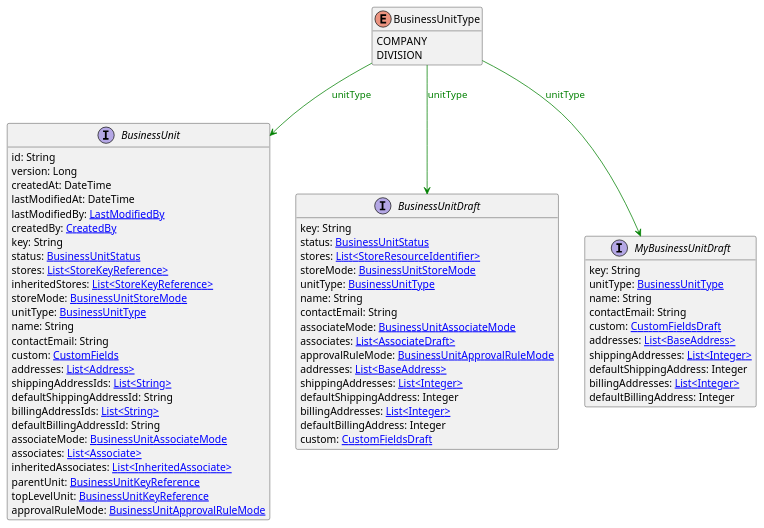
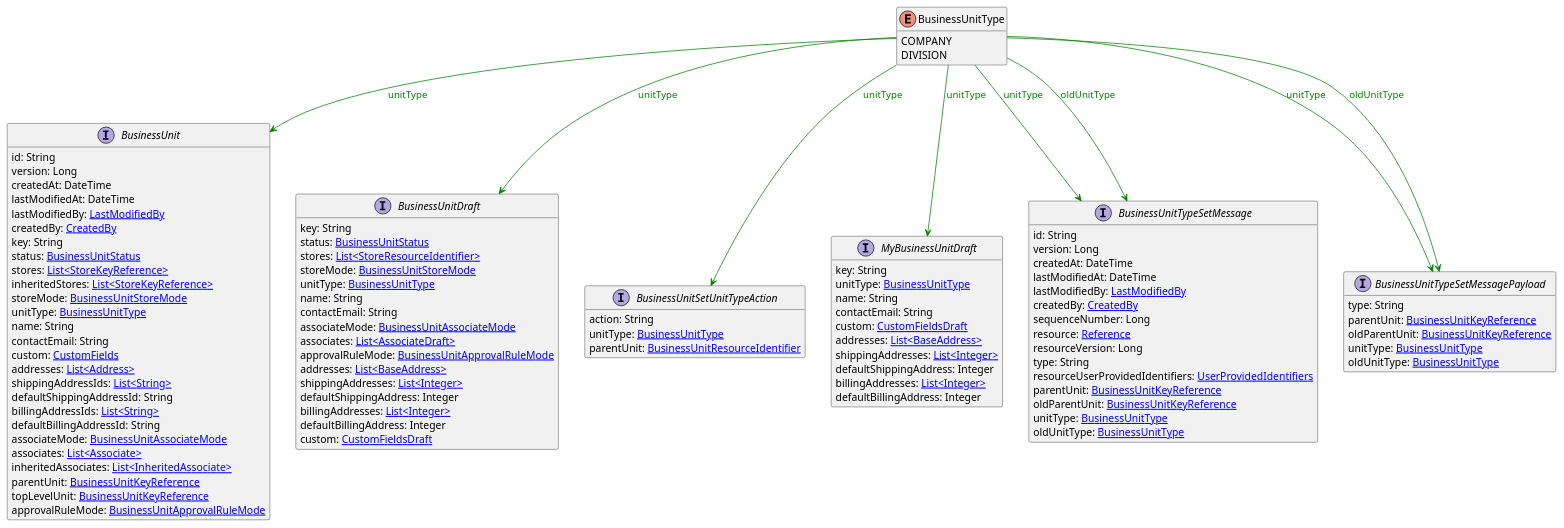
One commit to commercetools/commercetools-api-reference changed the diagram in uml/api/BusinessUnitType.puml. Above: the diagram before and after it, drawn with PlantUML. The commit also changed 28 other files, not shown here.

```diff
--- a/uml/api/BusinessUnitType.puml
+++ b/uml/api/BusinessUnitType.puml
@@ -1,69 +1,103 @@
 @startuml
 
 hide methods
 enum BusinessUnitType {
     COMPANY
     DIVISION
 }
 interface BusinessUnit [[BusinessUnit.svg]]  {
     id: String
     version: Long
     createdAt: DateTime
     lastModifiedAt: DateTime
     lastModifiedBy: [[LastModifiedBy.svg LastModifiedBy]]
     createdBy: [[CreatedBy.svg CreatedBy]]
     key: String
     status: [[BusinessUnitStatus.svg BusinessUnitStatus]]
     stores: [[StoreKeyReference.svg List<StoreKeyReference>]]
     inheritedStores: [[StoreKeyReference.svg List<StoreKeyReference>]]
     storeMode: [[BusinessUnitStoreMode.svg BusinessUnitStoreMode]]
     unitType: [[BusinessUnitType.svg BusinessUnitType]]
     name: String
     contactEmail: String
     custom: [[CustomFields.svg CustomFields]]
     addresses: [[Address.svg List<Address>]]
     shippingAddressIds: [[String.svg List<String>]]
     defaultShippingAddressId: String
     billingAddressIds: [[String.svg List<String>]]
     defaultBillingAddressId: String
     associateMode: [[BusinessUnitAssociateMode.svg BusinessUnitAssociateMode]]
     associates: [[Associate.svg List<Associate>]]
     inheritedAssociates: [[InheritedAssociate.svg List<InheritedAssociate>]]
     parentUnit: [[BusinessUnitKeyReference.svg BusinessUnitKeyReference]]
     topLevelUnit: [[BusinessUnitKeyReference.svg BusinessUnitKeyReference]]
     approvalRuleMode: [[BusinessUnitApprovalRuleMode.svg BusinessUnitApprovalRuleMode]]
 }
 interface BusinessUnitDraft [[BusinessUnitDraft.svg]]  {
     key: String
     status: [[BusinessUnitStatus.svg BusinessUnitStatus]]
     stores: [[StoreResourceIdentifier.svg List<StoreResourceIdentifier>]]
     storeMode: [[BusinessUnitStoreMode.svg BusinessUnitStoreMode]]
     unitType: [[BusinessUnitType.svg BusinessUnitType]]
     name: String
     contactEmail: String
     associateMode: [[BusinessUnitAssociateMode.svg BusinessUnitAssociateMode]]
     associates: [[AssociateDraft.svg List<AssociateDraft>]]
     approvalRuleMode: [[BusinessUnitApprovalRuleMode.svg BusinessUnitApprovalRuleMode]]
     addresses: [[BaseAddress.svg List<BaseAddress>]]
     shippingAddresses: [[Integer.svg List<Integer>]]
     defaultShippingAddress: Integer
     billingAddresses: [[Integer.svg List<Integer>]]
     defaultBillingAddress: Integer
     custom: [[CustomFieldsDraft.svg CustomFieldsDraft]]
 }
+interface BusinessUnitSetUnitTypeAction [[BusinessUnitSetUnitTypeAction.svg]]  {
+    action: String
+    unitType: [[BusinessUnitType.svg BusinessUnitType]]
+    parentUnit: [[BusinessUnitResourceIdentifier.svg BusinessUnitResourceIdentifier]]
+}
 interface MyBusinessUnitDraft [[MyBusinessUnitDraft.svg]]  {
     key: String
     unitType: [[BusinessUnitType.svg BusinessUnitType]]
     name: String
     contactEmail: String
     custom: [[CustomFieldsDraft.svg CustomFieldsDraft]]
     addresses: [[BaseAddress.svg List<BaseAddress>]]
     shippingAddresses: [[Integer.svg List<Integer>]]
     defaultShippingAddress: Integer
     billingAddresses: [[Integer.svg List<Integer>]]
     defaultBillingAddress: Integer
 }
+interface BusinessUnitTypeSetMessage [[BusinessUnitTypeSetMessage.svg]]  {
+    id: String
+    version: Long
+    createdAt: DateTime
+    lastModifiedAt: DateTime
+    lastModifiedBy: [[LastModifiedBy.svg LastModifiedBy]]
+    createdBy: [[CreatedBy.svg CreatedBy]]
+    sequenceNumber: Long
+    resource: [[Reference.svg Reference]]
+    resourceVersion: Long
+    type: String
+    resourceUserProvidedIdentifiers: [[UserProvidedIdentifiers.svg UserProvidedIdentifiers]]
+    parentUnit: [[BusinessUnitKeyReference.svg BusinessUnitKeyReference]]
+    oldParentUnit: [[BusinessUnitKeyReference.svg BusinessUnitKeyReference]]
+    unitType: [[BusinessUnitType.svg BusinessUnitType]]
+    oldUnitType: [[BusinessUnitType.svg BusinessUnitType]]
+}
+interface BusinessUnitTypeSetMessagePayload [[BusinessUnitTypeSetMessagePayload.svg]]  {
+    type: String
+    parentUnit: [[BusinessUnitKeyReference.svg BusinessUnitKeyReference]]
+    oldParentUnit: [[BusinessUnitKeyReference.svg BusinessUnitKeyReference]]
+    unitType: [[BusinessUnitType.svg BusinessUnitType]]
+    oldUnitType: [[BusinessUnitType.svg BusinessUnitType]]
+}
 BusinessUnitType --> BusinessUnit #green;text:green : "unitType"
 BusinessUnitType --> BusinessUnitDraft #green;text:green : "unitType"
+BusinessUnitType --> BusinessUnitSetUnitTypeAction #green;text:green : "unitType"
 BusinessUnitType --> MyBusinessUnitDraft #green;text:green : "unitType"
+BusinessUnitType --> BusinessUnitTypeSetMessage #green;text:green : "unitType"
+BusinessUnitType --> BusinessUnitTypeSetMessage #green;text:green : "oldUnitType"
+BusinessUnitType --> BusinessUnitTypeSetMessagePayload #green;text:green : "unitType"
+BusinessUnitType --> BusinessUnitTypeSetMessagePayload #green;text:green : "oldUnitType"
 @enduml
```
